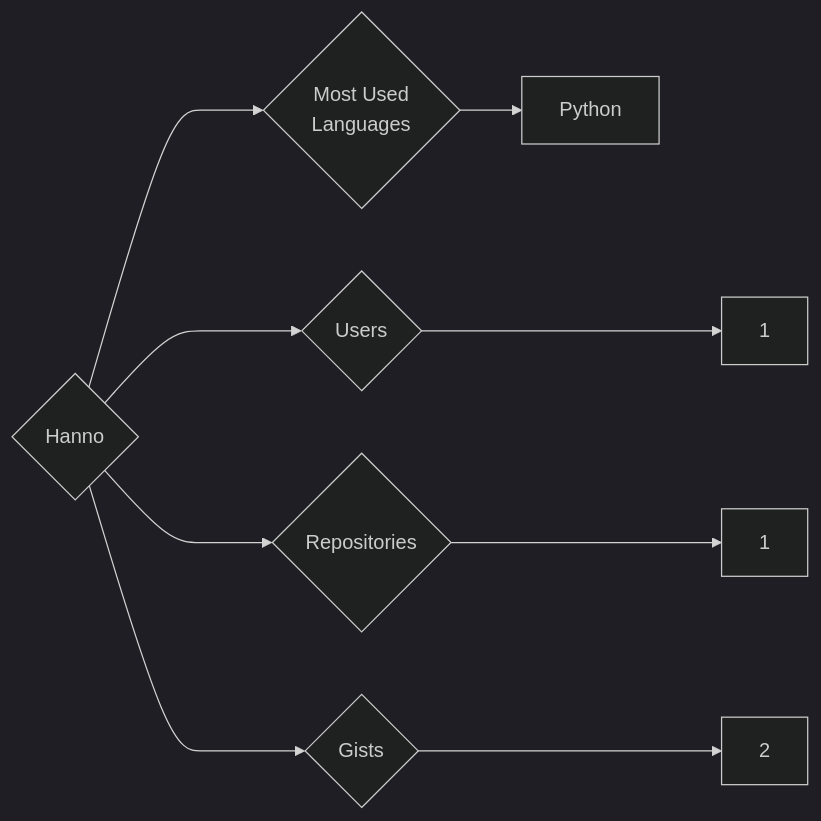
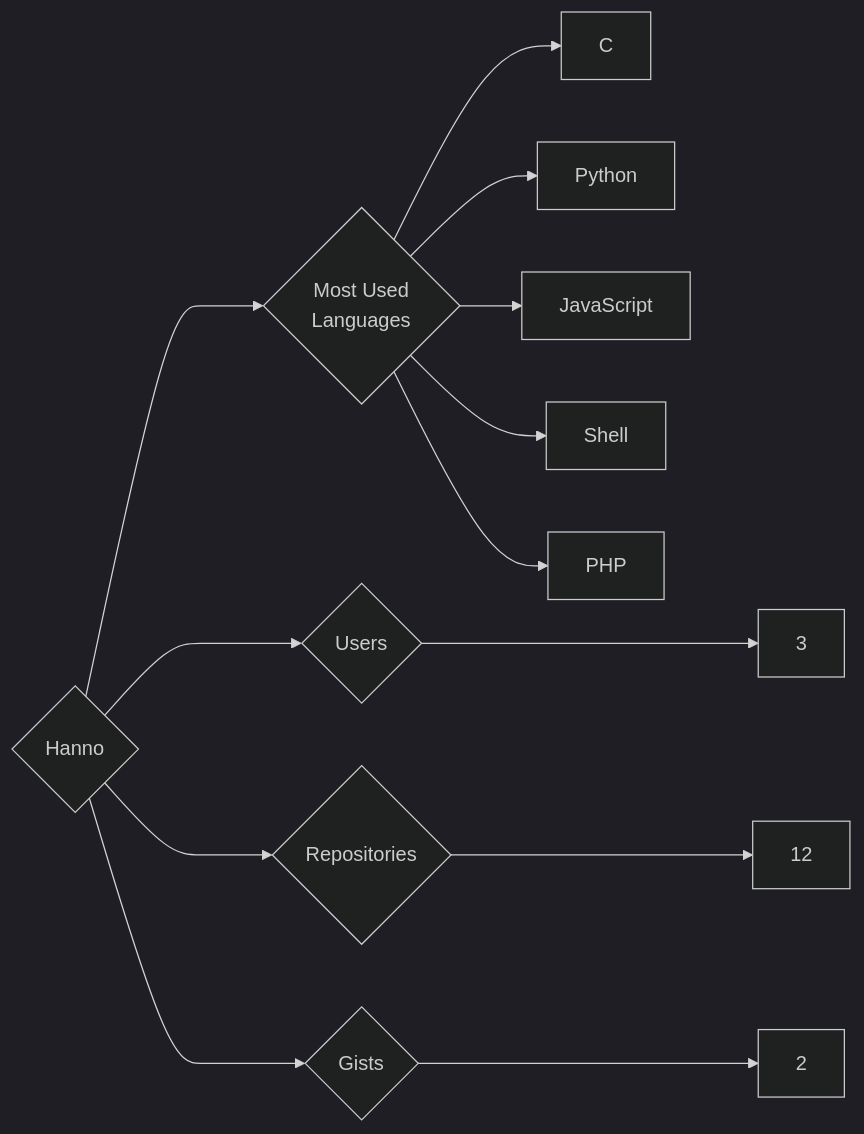
Before and after one commit to trickest/insiders: the diagram in targets/Hanno/README.md, drawn with Mermaid (dark theme). The commit also changed 861 other files, not shown here.

````diff
--- a/targets/Hanno/README.md
+++ b/targets/Hanno/README.md
@@ -3,9 +3,13 @@
 ```mermaid
 graph LR
 COMPANY_NAME{Hanno}
-COMPANY_NAME ---> U{Users} ---> UN[1]
-COMPANY_NAME ---> R{Repositories} ---> RN[1]
+COMPANY_NAME ---> U{Users} ---> UN[3]
+COMPANY_NAME ---> R{Repositories} ---> RN[12]
 COMPANY_NAME ---> G{Gists} ---> GN[2]
 COMPANY_NAME ---> ML{Most Used<br>Languages}
+ML --> C[C]
 ML --> Python[Python]
+ML --> JavaScript[JavaScript]
+ML --> Shell[Shell]
+ML --> PHP[PHP]
 ```
````
